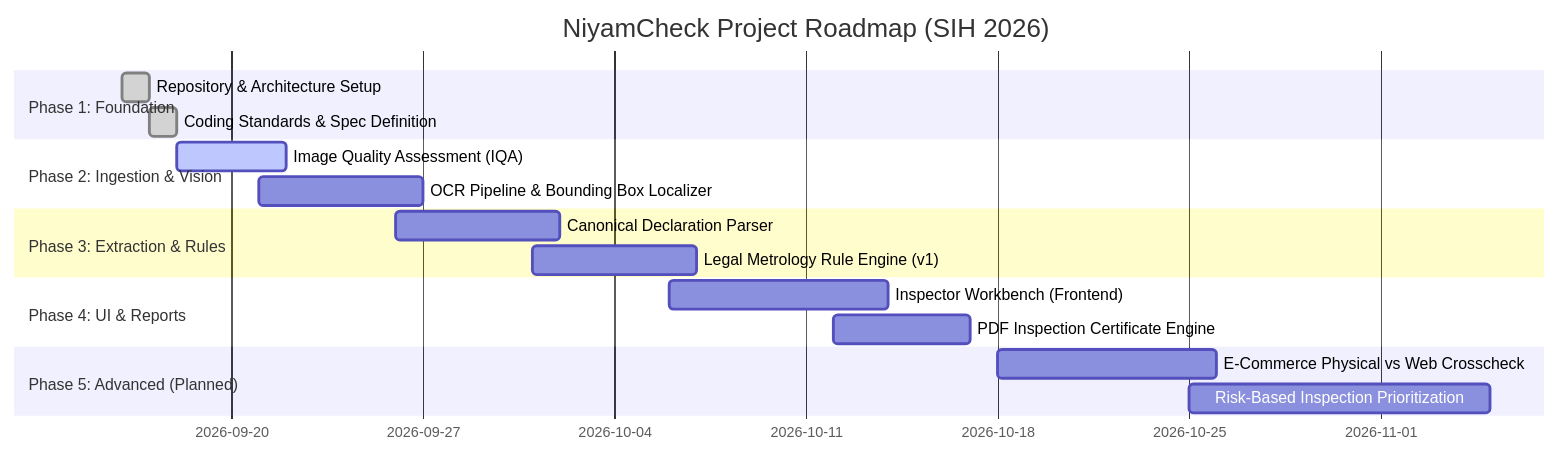
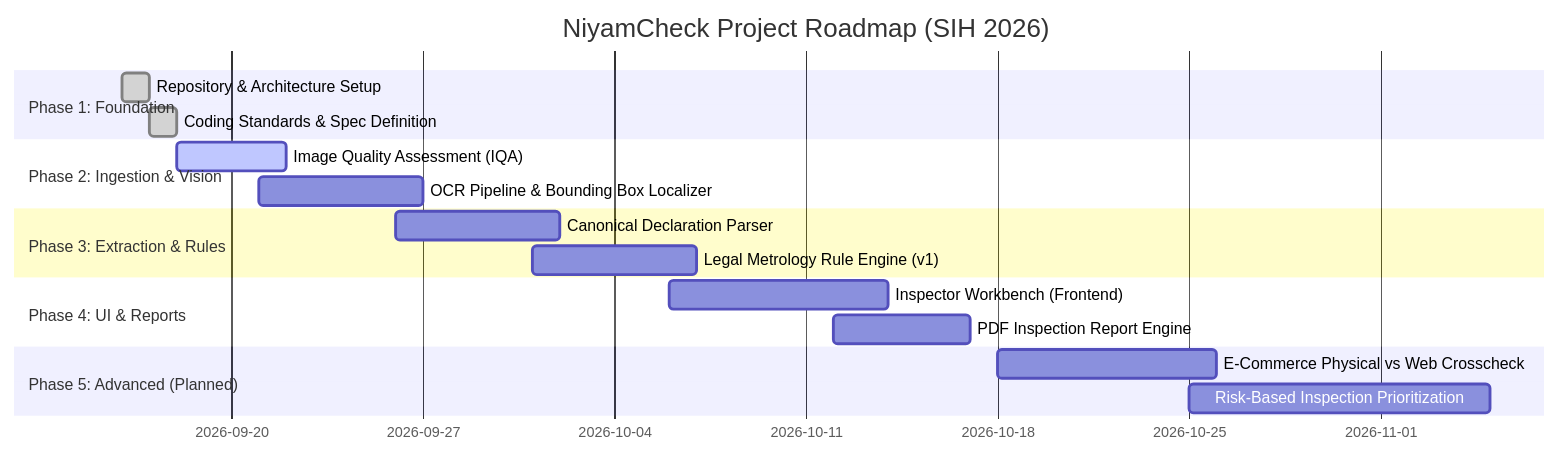
Before and after one commit to MinalMaurya/NiyamCheck: the diagram in README.md, drawn with Mermaid. The commit also changed other lines of this file and 95 other files, not shown here.

````diff
--- a/README.md
+++ b/README.md
@@ -205,20 +205,20 @@
 ```mermaid
 gantt
     title NiyamCheck Project Roadmap (SIH 2026)
     dateFormat  YYYY-MM-DD
     section Phase 1: Foundation
     Repository & Architecture Setup      :done,    p1_1, 2026-09-16, 2026-09-17
     Coding Standards & Spec Definition    :done,    p1_2, 2026-09-17, 2026-09-18
     section Phase 2: Ingestion & Vision
     Image Quality Assessment (IQA)       :active,  p2_1, 2026-09-18, 2026-09-22
     OCR Pipeline & Bounding Box Localizer:         p2_2, 2026-09-21, 2026-09-27
     section Phase 3: Extraction & Rules
     Canonical Declaration Parser         :         p3_1, 2026-09-26, 2026-10-02
     Legal Metrology Rule Engine (v1)     :         p3_2, 2026-10-01, 2026-10-07
     section Phase 4: UI & Reports
     Inspector Workbench (Frontend)       :         p4_1, 2026-10-06, 2026-10-14
-    PDF Inspection Certificate Engine    :         p4_2, 2026-10-12, 2026-10-17
+    PDF Inspection Report Engine         :         p4_2, 2026-10-12, 2026-10-17
     section Phase 5: Advanced (Planned)
     E-Commerce Physical vs Web Crosscheck:         p5_1, 2026-10-18, 2026-10-26
     Risk-Based Inspection Prioritization :         p5_2, 2026-10-25, 2026-11-05
 ```
````
